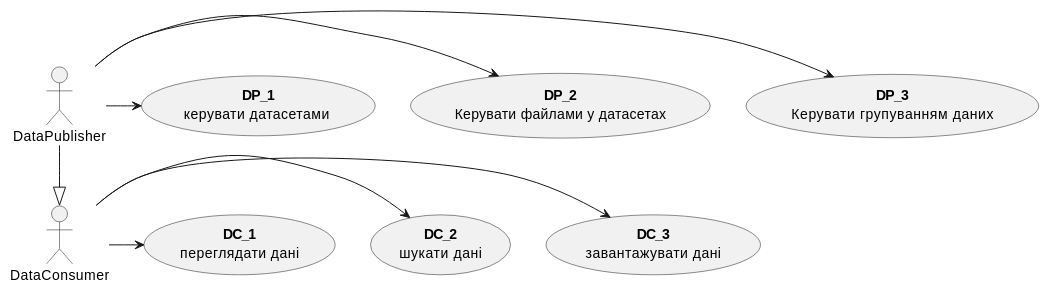
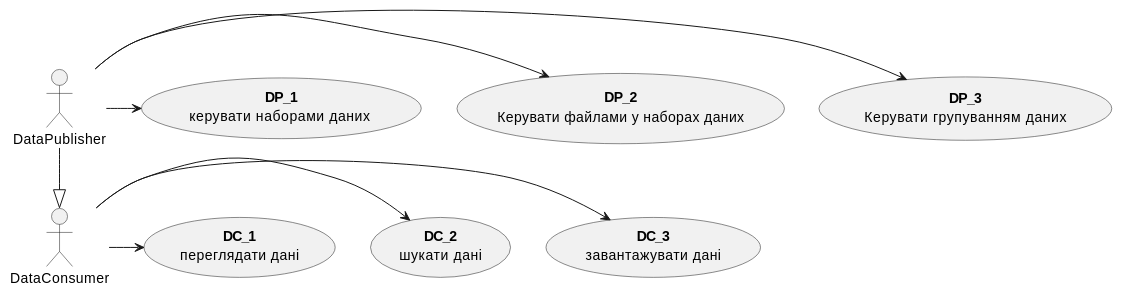
One commit to boldak/edu-db-cw changed the first of 13 diagrams in docs/use cases/README.md. Above: the diagram before and after it, drawn with PlantUML. The commit also changed other lines of this file, not shown here.

```diff
--- a/docs/use cases/README.md
+++ b/docs/use cases/README.md
@@ -13,26 +13,24 @@
 @startuml
   actor DataPublisher
   actor DataConsumer
   
-  usecase Dmanage1 as "<b>DP_1</b>\nкерувати датасетами "
-  usecase Dmanage2 as "<b>DP_2</b>\nКерувати файлами у датасетах"
+  usecase Dmanage1 as "<b>DP_1</b>\nкерувати наборами даних "
+  usecase Dmanage2 as "<b>DP_2</b>\nКерувати файлами у наборах даних"
   usecase Dmanage3 as "<b>DP_3</b>\nКерувати групуванням даних"
 
 
   usecase Duse1 as "<b>DC_1</b>\nпереглядати данi"
   usecase Duse2 as "<b>DC_2</b>\nшукати данi"
   usecase Duse3 as "<b>DC_3</b>\nзавантажувати данi"
   
   DataPublisher -> Dmanage3
   DataPublisher -> Dmanage2
   DataPublisher -> Dmanage1
   DataPublisher -d-|> DataConsumer
  
   
   DataConsumer -> Duse3
   DataConsumer -> Duse2
   DataConsumer -> Duse1
   
-
-  
 @enduml
```
